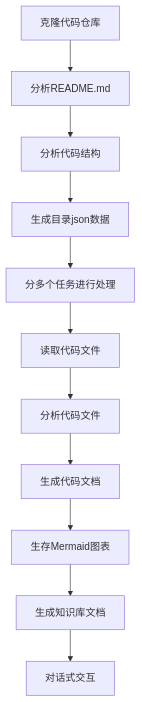
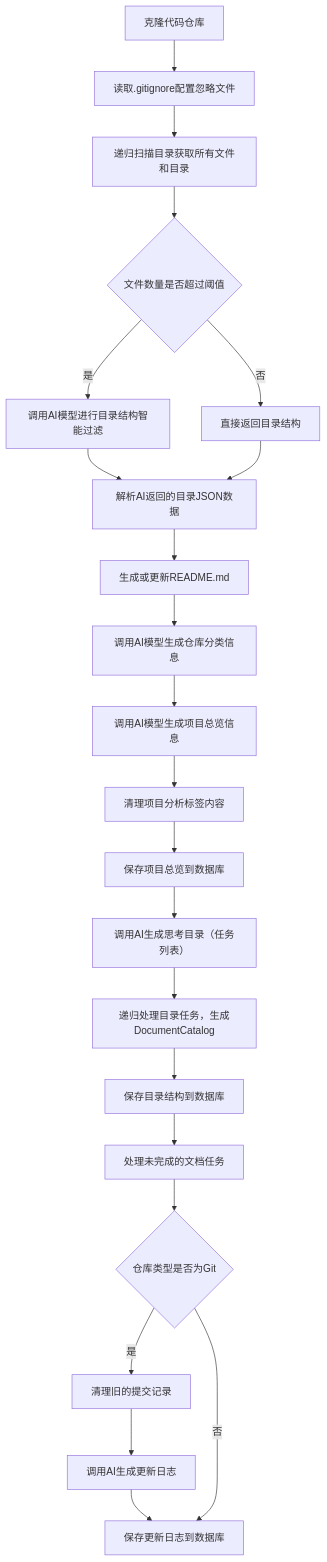
One commit to xincheng213618/OpenDeepWiki changed the diagram in README.zh-CN.md. Above: the diagram before and after it, drawn with Mermaid. The commit also changed other lines of this file and 2 other files, not shown here.

````diff
--- a/README.zh-CN.md
+++ b/README.zh-CN.md
@@ -267,13 +205,24 @@
 ```mermaid
 graph TD
-    A[克隆代码仓库] --> B[分析README.md]
-    B --> C[分析代码结构]
-    C --> D[生成目录json数据]
-    D --> E[分多个任务进行处理]
-    E --> F[读取代码文件]
-    F --> G[分析代码文件]
-    G --> H[生成代码文档]
-    H --> I[生存Mermaid图表]
-    I --> J[生成知识库文档]
-    J --> K[对话式交互]
+    A[克隆代码仓库] --> B[读取.gitignore配置忽略文件]
+    B --> C[递归扫描目录获取所有文件和目录]
+    C --> D{文件数量是否超过阈值}
+    D -- 否 --> E[直接返回目录结构]
+    D -- 是 --> F[调用AI模型进行目录结构智能过滤]
+    F --> G[解析AI返回的目录JSON数据]
+    E --> G
+    G --> H[生成或更新README.md]
+    H --> I[调用AI模型生成仓库分类信息]
+    I --> J[调用AI模型生成项目总览信息]
+    J --> K[清理项目分析标签内容]
+    K --> L[保存项目总览到数据库]
+    L --> M[调用AI生成思考目录（任务列表）]
+    M --> N[递归处理目录任务，生成DocumentCatalog]
+    N --> O[保存目录结构到数据库]
+    O --> P[处理未完成的文档任务]
+    P --> Q{仓库类型是否为Git}
+    Q -- 是 --> R[清理旧的提交记录]
+    R --> S[调用AI生成更新日志]
+    S --> T[保存更新日志到数据库]
+    Q -- 否 --> T
 ```
````
